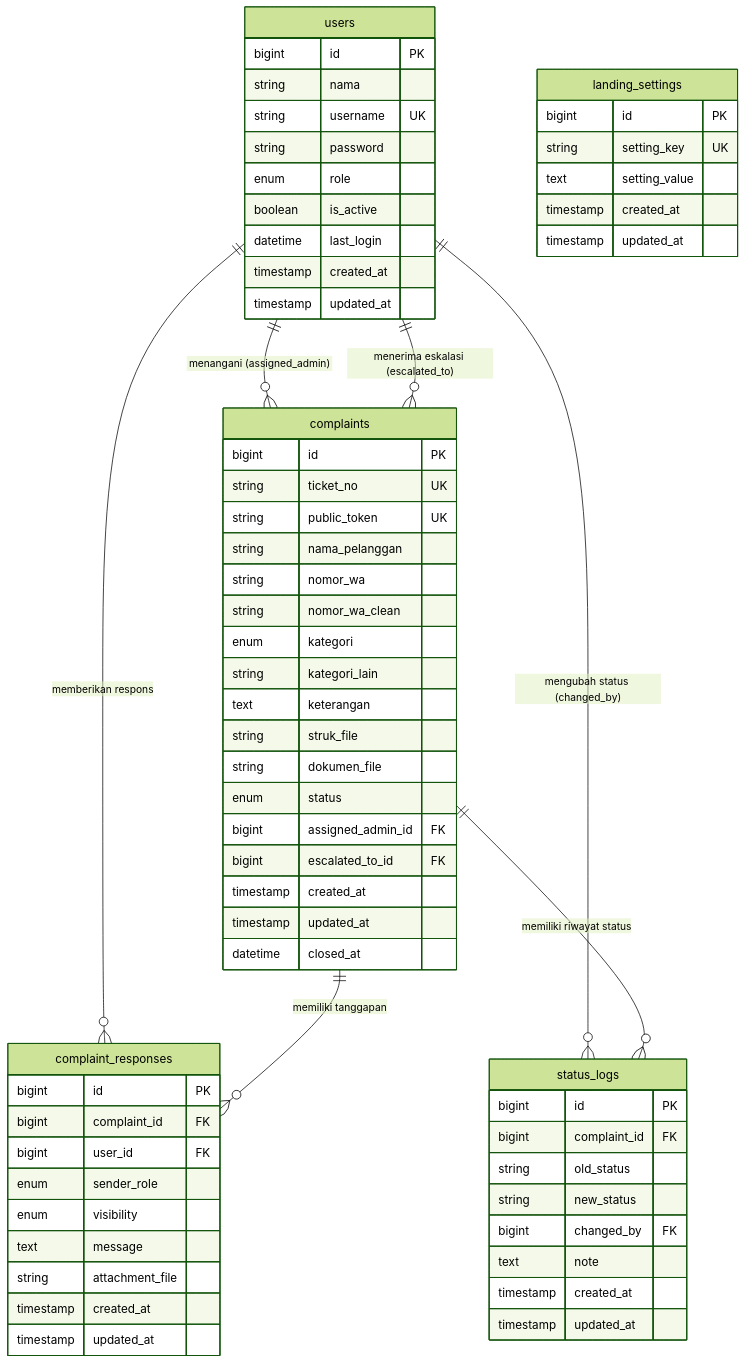
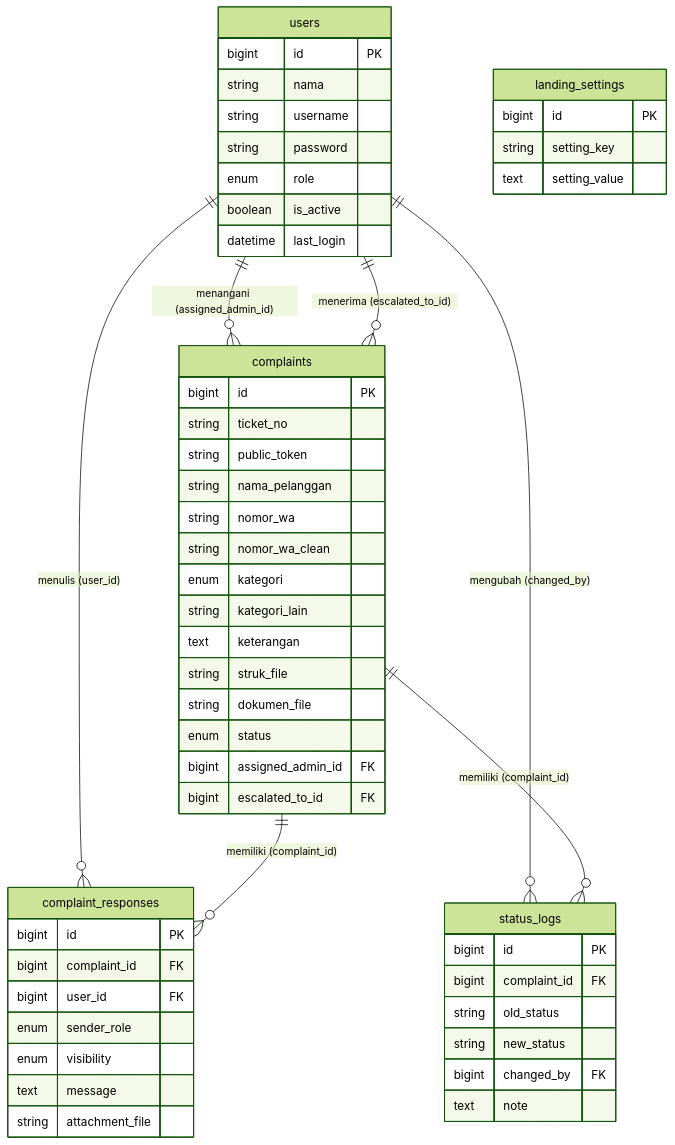
One commit to adistianherlambang/Sipena-MBC-Laravel changed the fifth of 5 diagrams in skripsi3.md. Above: the diagram before and after it, drawn with Mermaid (forest theme). The commit also changed other lines of this file, not shown here.

````diff
--- a/skripsi3.md
+++ b/skripsi3.md
@@ -384,68 +342,57 @@
 ```mermaid
 erDiagram
     users {
         bigint id PK
         string nama
-        string username UK
+        string username
         string password
         enum role
         boolean is_active
         datetime last_login
-        timestamp created_at
-        timestamp updated_at
     }
     complaints {
         bigint id PK
-        string ticket_no UK
-        string public_token UK
+        string ticket_no
+        string public_token
         string nama_pelanggan
         string nomor_wa
         string nomor_wa_clean
         enum kategori
         string kategori_lain
         text keterangan
         string struk_file
         string dokumen_file
         enum status
         bigint assigned_admin_id FK
         bigint escalated_to_id FK
-        timestamp created_at
-        timestamp updated_at
-        datetime closed_at
     }
     complaint_responses {
         bigint id PK
         bigint complaint_id FK
         bigint user_id FK
         enum sender_role
         enum visibility
         text message
         string attachment_file
-        timestamp created_at
-        timestamp updated_at
     }
     status_logs {
         bigint id PK
         bigint complaint_id FK
         string old_status
         string new_status
         bigint changed_by FK
         text note
-        timestamp created_at
-        timestamp updated_at
     }
     landing_settings {
         bigint id PK
-        string setting_key UK
+        string setting_key
         text setting_value
-        timestamp created_at
-        timestamp updated_at
     }
 
-    users ||--o{ complaints : "menangani (assigned_admin)"
-    users ||--o{ complaints : "menerima eskalasi (escalated_to)"
-    users ||--o{ complaint_responses : "memberikan respons"
-    users ||--o{ status_logs : "mengubah status (changed_by)"
-    complaints ||--o{ complaint_responses : "memiliki tanggapan"
-    complaints ||--o{ status_logs : "memiliki riwayat status"
+    users ||--o{ complaints : "menangani (assigned_admin_id)"
+    users ||--o{ complaints : "menerima (escalated_to_id)"
+    users ||--o{ complaint_responses : "menulis (user_id)"
+    users ||--o{ status_logs : "mengubah (changed_by)"
+    complaints ||--o{ complaint_responses : "memiliki (complaint_id)"
+    complaints ||--o{ status_logs : "memiliki (complaint_id)"
 ```
````
